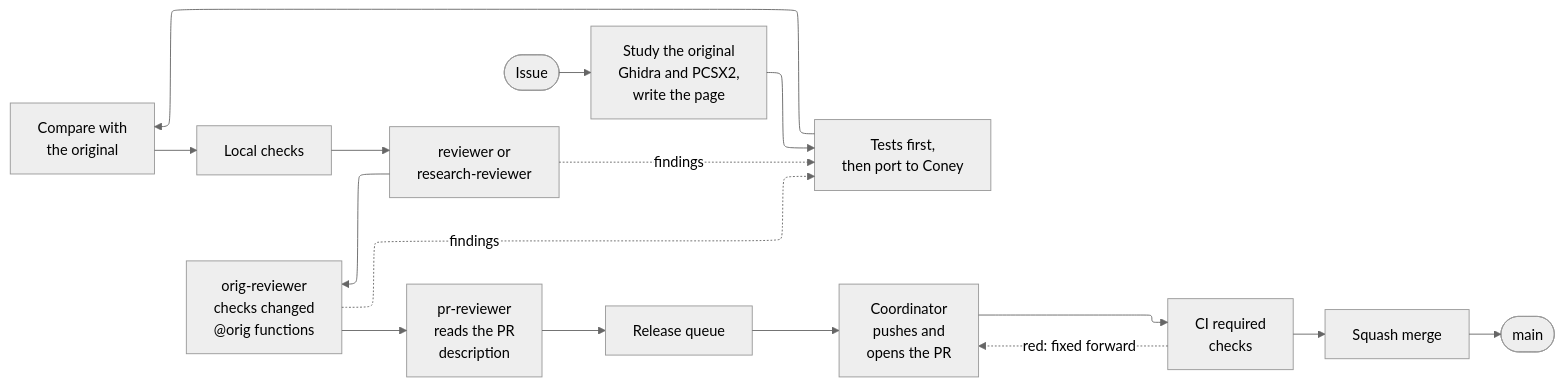
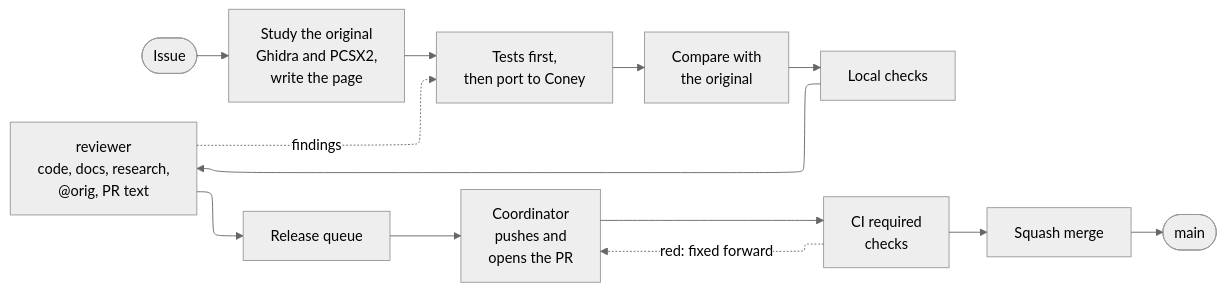
Before and after one commit to Ryubara/coney: the first of 3 diagrams in docs/guides/how-we-work.md, drawn with Mermaid (neutral theme). The commit also changed other lines of this file and 50 other files, not shown here.

````diff
--- a/docs/guides/how-we-work.md
+++ b/docs/guides/how-we-work.md
@@ -14,22 +14,19 @@
 ```mermaid
 ---
 config:
   layout: elk
 ---
 flowchart LR
   issue(["Issue"]) --> study["Study the original<br/>Ghidra and PCSX2,<br/>write the page"]
   study --> port["Tests first,<br/>then port to Coney"]
   port --> compare["Compare with<br/>the original"]
   compare --> local["Local checks"]
-  local --> code["reviewer or<br/>research-reviewer"]
-  code --> orig["orig-reviewer<br/>checks changed<br/>@orig functions"]
-  orig --> desc["pr-reviewer<br/>reads the PR<br/>description"]
-  desc --> queue["Release queue"]
+  local --> review["reviewer<br/>code, docs, research,<br/>@orig, PR text"]
+  review --> queue["Release queue"]
   queue --> push["Coordinator<br/>pushes and<br/>opens the PR"]
   push --> ci["CI required<br/>checks"]
   ci --> merge["Squash merge"]
   merge --> main(["main"])
-  code -. "findings" .-> port
-  orig -. "findings" .-> port
+  review -. "findings" .-> port
   ci -. "red: fixed forward" .-> push
 ```
````
